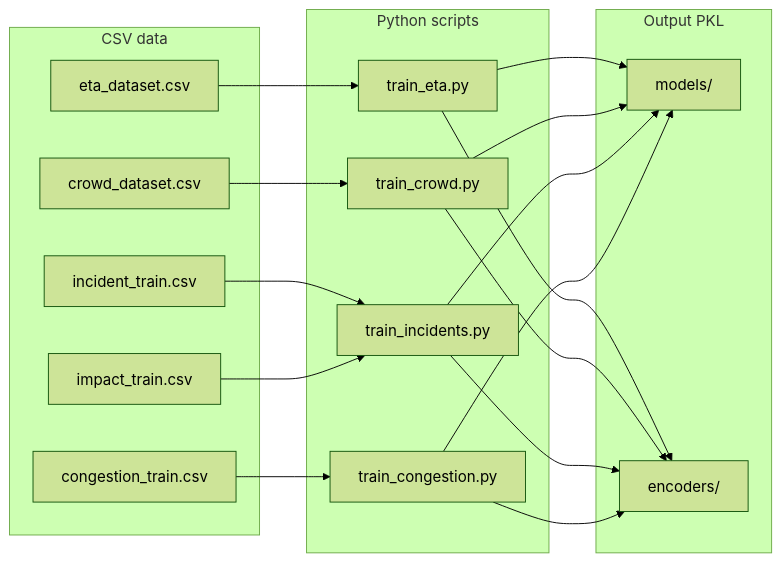
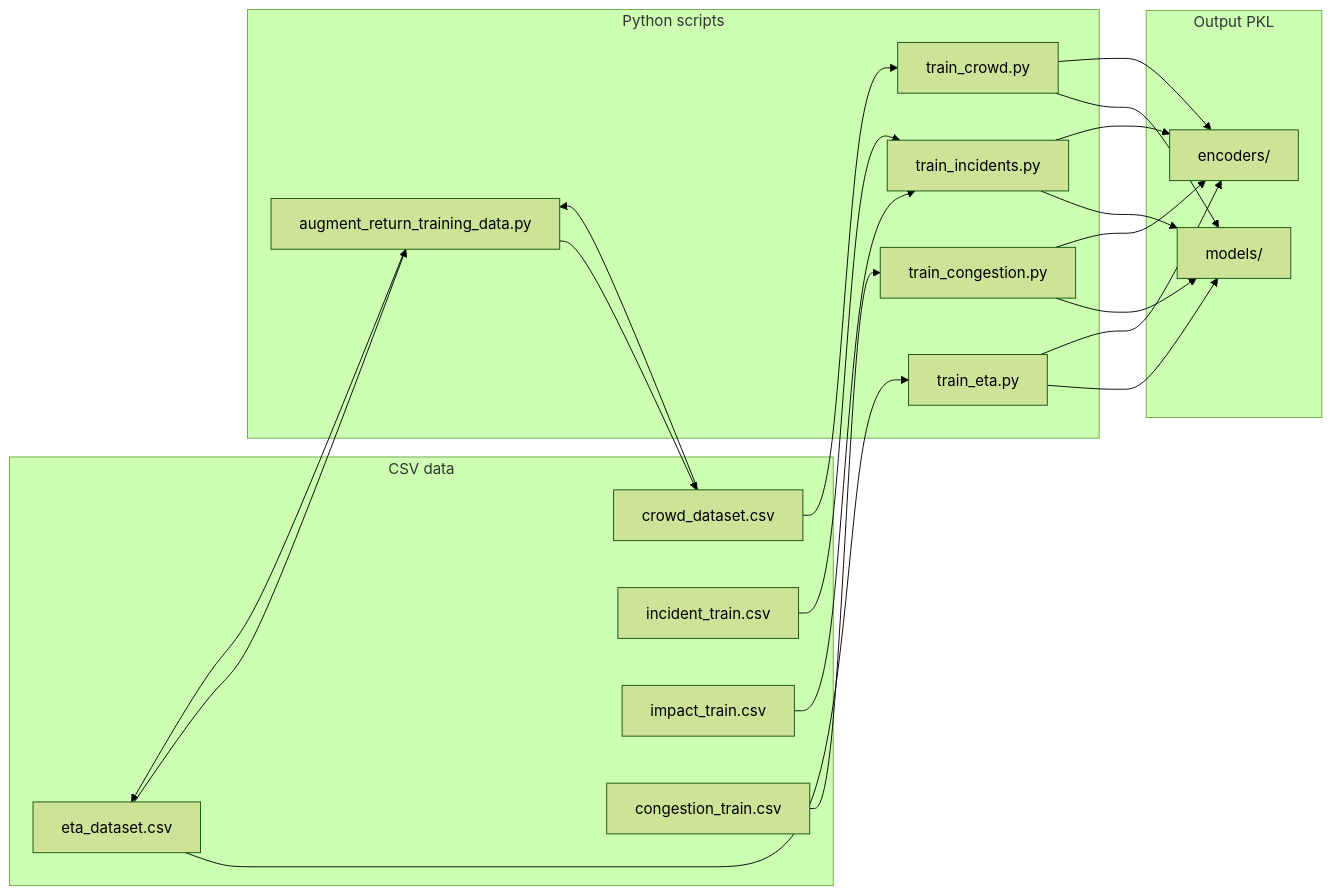
The first of 2 diagrams in docs/feature-ml-training-and-configuration.md (rezwanhritom/Dhaka-Smart-Transit-Congestion-Intelligence-Platform), drawn with Mermaid (forest theme) before and after one commit. The commit also changed other lines of this file and 6 other files, not shown here.

````diff
--- a/docs/feature-ml-training-and-configuration.md
+++ b/docs/feature-ml-training-and-configuration.md
@@ -12,33 +12,38 @@
 ```mermaid
 flowchart LR
   subgraph csv [CSV data]
     E[eta_dataset.csv]
     C[crowd_dataset.csv]
     I[incident_train.csv]
     IM[impact_train.csv]
     CO[congestion_train.csv]
   end
   subgraph scripts [Python scripts]
+    T0[augment_return_training_data.py]
     T1[train_eta.py]
     T2[train_crowd.py]
     T3[train_incidents.py]
     T4[train_congestion.py]
   end
   subgraph pkl [Output PKL]
     M[models/]
     EN[encoders/]
   end
   E --> T1
   C --> T2
+  E --> T0
+  C --> T0
+  T0 --> E
+  T0 --> C
   I --> T3
   IM --> T3
   CO --> T4
   T1 --> M
   T1 --> EN
   T2 --> M
   T2 --> EN
   T3 --> M
   T3 --> EN
   T4 --> M
   T4 --> EN
 ```
````
